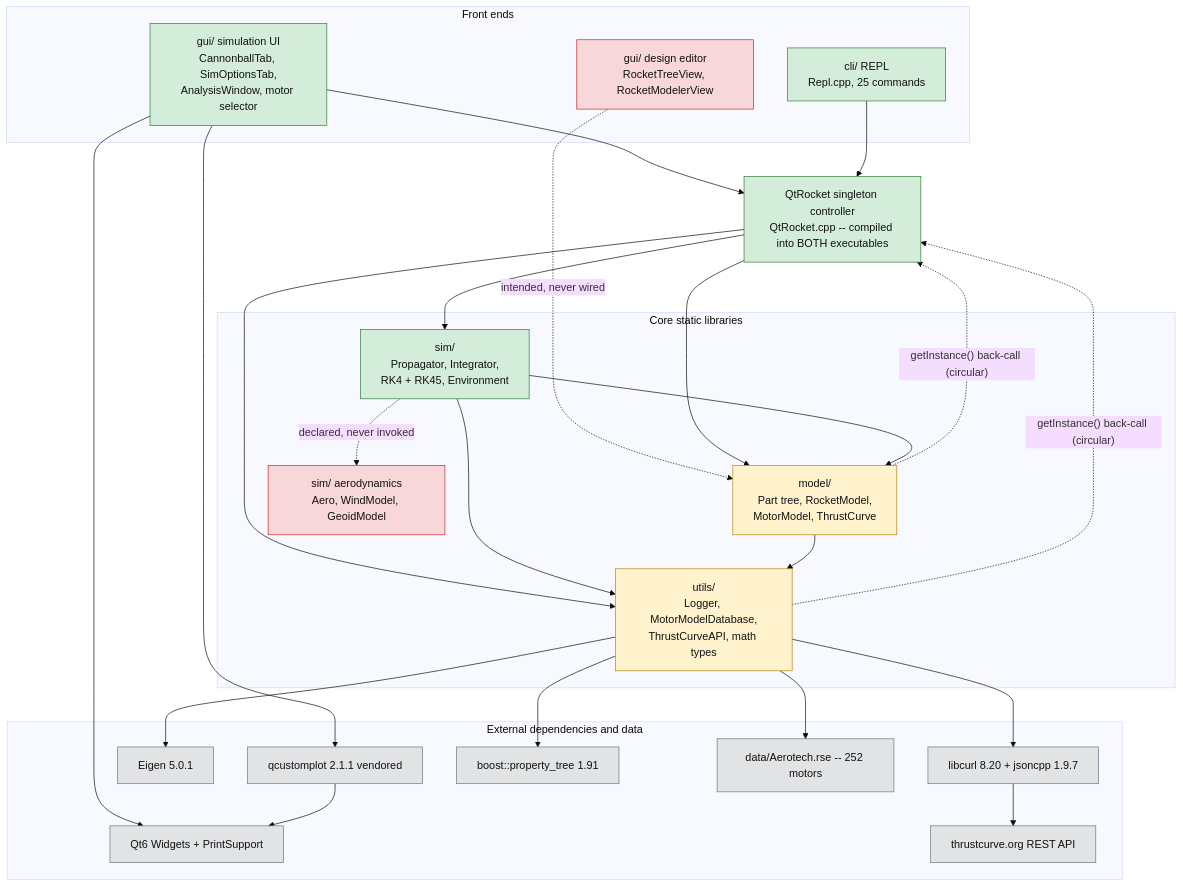
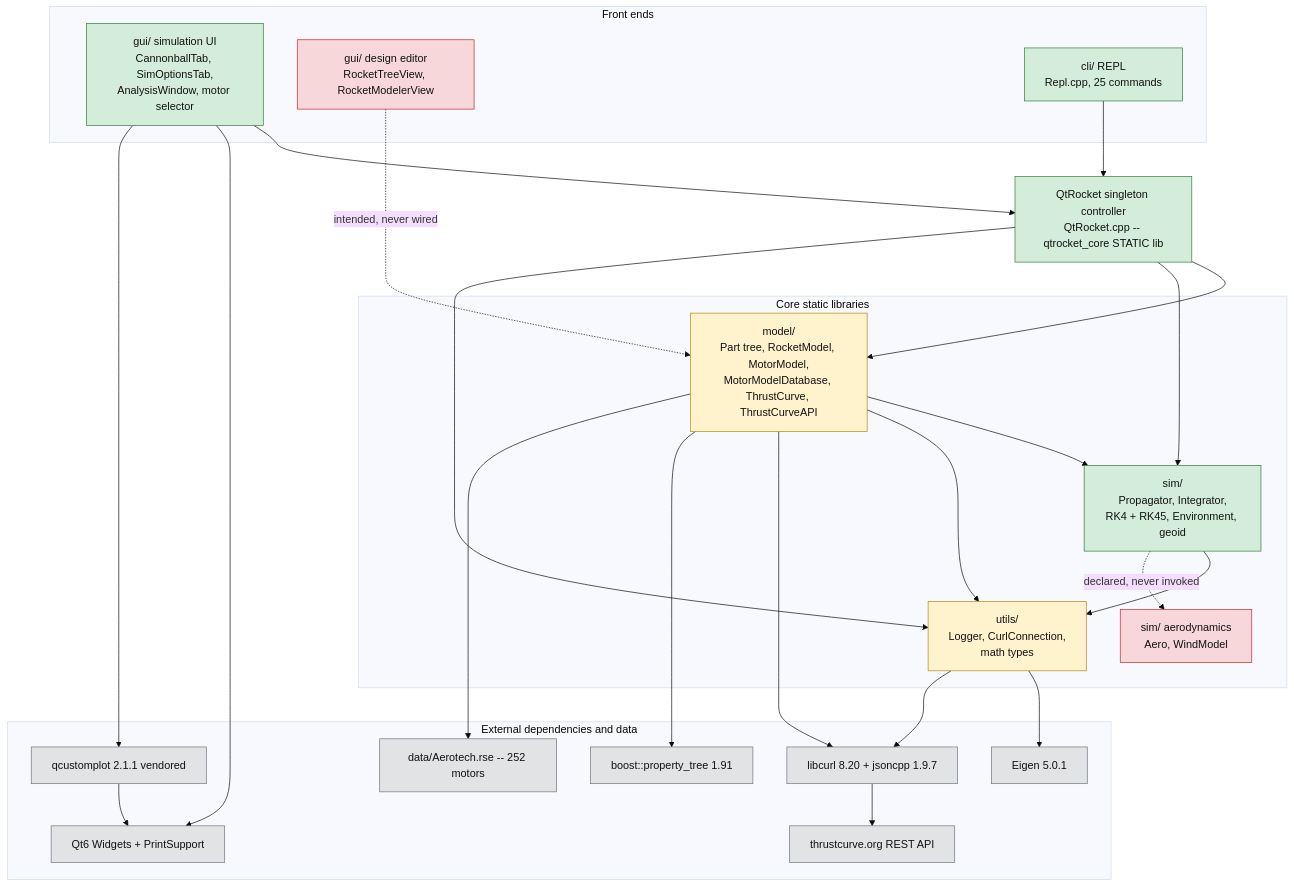
One commit to qtrocket/qtrocket changed the first of 2 diagrams in docs/ARCHITECTURE_AUDIT.md. Above: the diagram before and after it, drawn with Mermaid (base theme). The commit also changed other lines of this file and 1 other file, not shown here.

Commit message:
Update TODO and ARCHITECTURE_AUDIT with recent work accomplished

````diff
--- a/docs/ARCHITECTURE_AUDIT.md
+++ b/docs/ARCHITECTURE_AUDIT.md
@@ -58,53 +61,52 @@
 ```mermaid
 flowchart TD
     classDef ok fill:#d4edda,stroke:#2e7d32,color:#111
     classDef partial fill:#fff3cd,stroke:#b8860b,color:#111
     classDef missing fill:#f8d7da,stroke:#c62828,color:#111
     classDef ext fill:#e2e3e5,stroke:#6c757d,color:#111
 
     subgraph FRONT["Front ends"]
         GUISIM["gui/ simulation UI<br/>CannonballTab, SimOptionsTab,<br/>AnalysisWindow, motor selector"]:::ok
         GUIEDIT["gui/ design editor<br/>RocketTreeView, RocketModelerView"]:::missing
         CLI["cli/ REPL<br/>Repl.cpp, 25 commands"]:::ok
     end
 
-    QR["QtRocket singleton controller<br/>QtRocket.cpp -- compiled into BOTH executables"]:::ok
+    QR["QtRocket singleton controller<br/>QtRocket.cpp -- qtrocket_core STATIC lib"]:::ok
 
     subgraph CORE["Core static libraries"]
-        MODEL["model/<br/>Part tree, RocketModel,<br/>MotorModel, ThrustCurve"]:::partial
-        SIM["sim/<br/>Propagator, Integrator,<br/>RK4 + RK45, Environment"]:::ok
-        AERO["sim/ aerodynamics<br/>Aero, WindModel, GeoidModel"]:::missing
-        UTILS["utils/<br/>Logger, MotorModelDatabase,<br/>ThrustCurveAPI, math types"]:::partial
+        MODEL["model/<br/>Part tree, RocketModel, MotorModel,<br/>MotorModelDatabase, ThrustCurve, ThrustCurveAPI"]:::partial
+        SIM["sim/<br/>Propagator, Integrator,<br/>RK4 + RK45, Environment, geoid"]:::ok
+        AERO["sim/ aerodynamics<br/>Aero, WindModel"]:::missing
+        UTILS["utils/<br/>Logger, CurlConnection,<br/>math types"]:::partial
     end
 
     subgraph EXT["External dependencies and data"]
         QT6["Qt6 Widgets + PrintSupport"]:::ext
         QCP["qcustomplot 2.1.1 vendored"]:::ext
         EIGEN["Eigen 5.0.1"]:::ext
         NET["libcurl 8.20 + jsoncpp 1.9.7"]:::ext
         BPT["boost::property_tree 1.91"]:::ext
         TCO["thrustcurve.org REST API"]:::ext
         RSE["data/Aerotech.rse -- 252 motors"]:::ext
     end
 
     GUISIM --> QR
     GUISIM --> QT6
     GUISIM --> QCP
     QCP --> QT6
     GUIEDIT -.->|"intended, never wired"| MODEL
     CLI --> QR
     QR --> MODEL
     QR --> SIM
     QR --> UTILS
-    SIM --> MODEL
+    MODEL --> SIM
     SIM --> UTILS
     MODEL --> UTILS
     SIM -.->|"declared, never invoked"| AERO
-    MODEL -.->|"getInstance() back-call (circular)"| QR
-    UTILS -.->|"getInstance() back-call (circular)"| QR
     UTILS --> EIGEN
     UTILS --> NET
-    UTILS --> BPT
-    UTILS --> RSE
+    MODEL --> NET
+    MODEL --> BPT
+    MODEL --> RSE
     NET --> TCO
 ```
````
